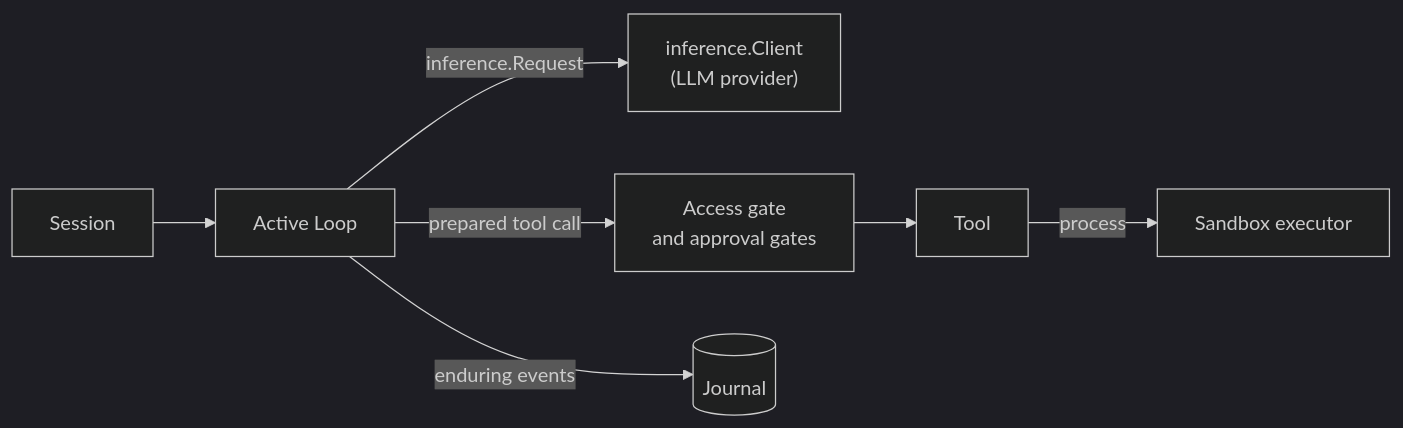
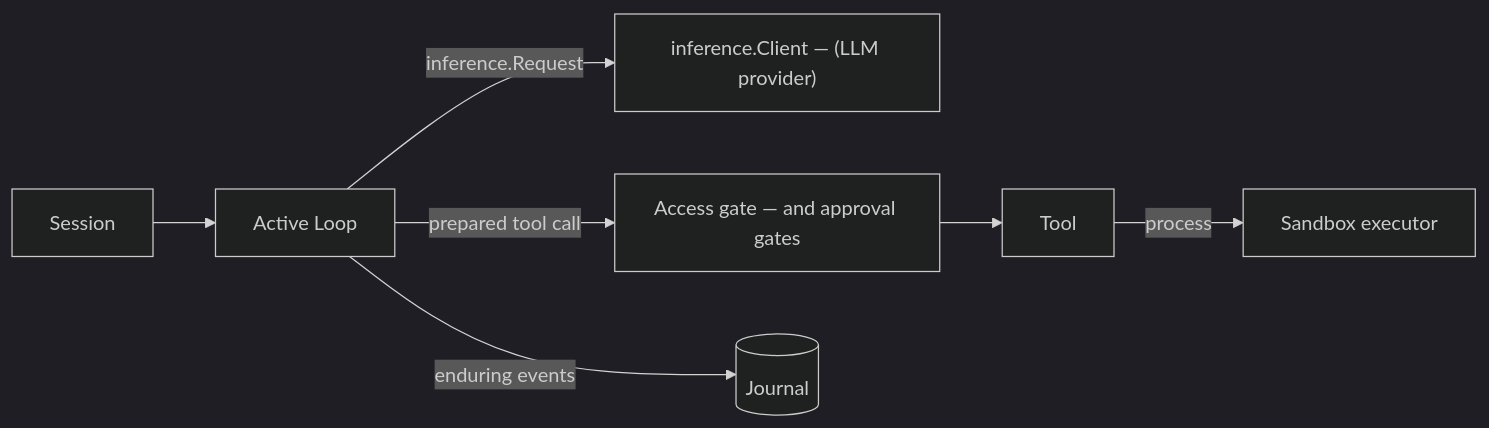
One commit to looprig/.github changed the third of 3 diagrams in docs/overview/architecture.md. Above: the diagram before and after it, drawn with Mermaid. The commit also changed other lines of this file and 318 other files, not shown here.

````diff
--- a/docs/overview/architecture.md
+++ b/docs/overview/architecture.md
@@ -160,10 +160,10 @@
 ```mermaid
 %%{init: {"theme":"dark"}}%%
 flowchart LR
   Session["Session"] --> Loop["Active Loop"]
-  Loop -- "inference.Request" --> Client["inference.Client<br/>(LLM provider)"]
-  Loop -- "prepared tool call" --> Gate["Access gate<br/>and approval gates"]
+  Loop -- "inference.Request" --> Client["inference.Client — (LLM provider)"]
+  Loop -- "prepared tool call" --> Gate["Access gate — and approval gates"]
   Gate --> Tool["Tool"]
   Tool -- "process" --> Sandbox["Sandbox executor"]
   Loop -- "enduring events" --> Journal[("Journal")]
 ```
````
